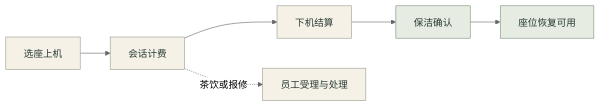
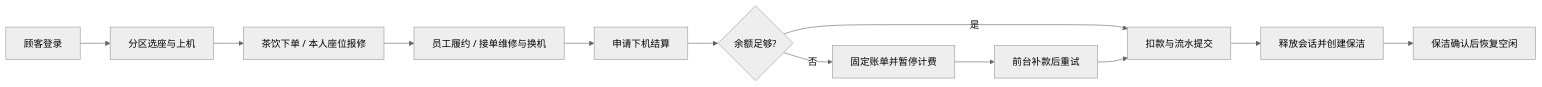
One commit to Y7NINE/WangBa-X- changed the diagram in README.md. Above: the diagram before and after it, drawn with Mermaid (neutral theme). The commit also changed other lines of this file and 110 other files, not shown here.

````diff
--- a/README.md
+++ b/README.md
@@ -107,13 +70,14 @@
 ```mermaid
 flowchart LR
-    A[选座上机] --> B[会话计费]
-    B --> C[下机结算]
-    C --> D[保洁确认]
-    D --> E[座位恢复可用]
-    B -. 茶饮或报修 .-> F[员工受理与处理]
-
-    classDef ink fill:#f5f1e7,stroke:#9a9d8e,color:#283b32
-    classDef green fill:#e6ece2,stroke:#7d927d,color:#283b32
-    class A,B,C,F ink
-    class D,E green
+  A[顾客登录] --> B[分区选座与上机]
+  B --> C[茶饮下单 / 本人座位报修]
+  C --> D[员工履约 / 接单维修与换机]
+  D --> E[申请下机结算]
+  E --> F{余额足够?}
+  F -->|是| G[扣款与流水提交]
+  F -->|否| H[固定账单并暂停计费]
+  H --> I[前台补款后重试]
+  I --> G
+  G --> J[释放会话并创建保洁]
+  J --> K[保洁确认后恢复空闲]
 ```
````
